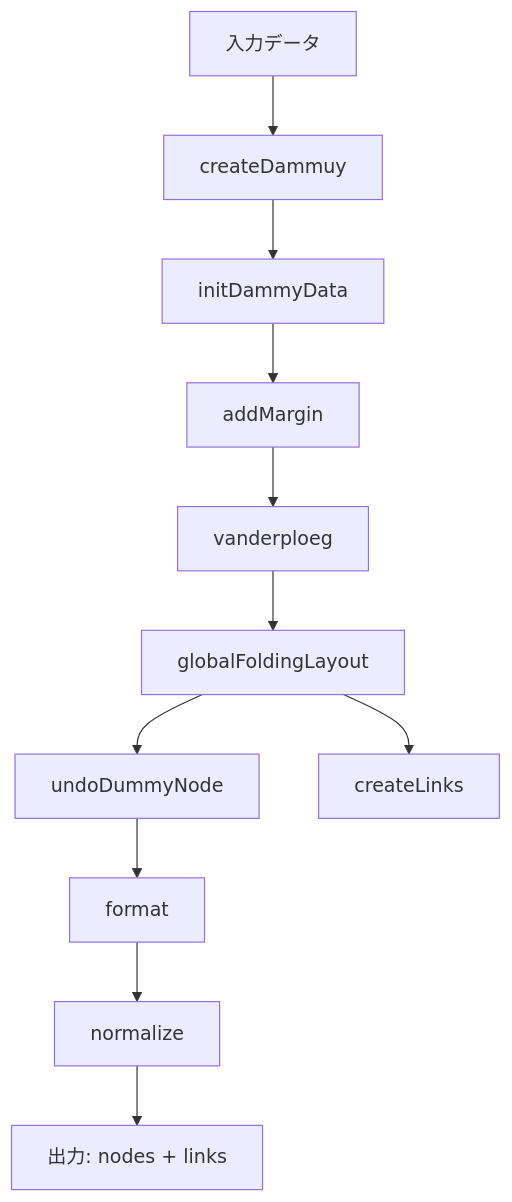
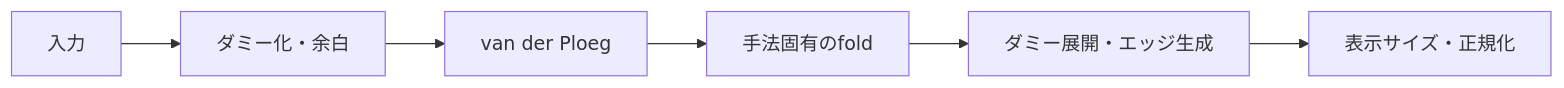
Before and after one commit to vdslab/rooted-tree-drawing: the diagram in docs/implementation.md, drawn with Mermaid. The commit also changed other lines of this file and 59 other files, not shown here.

````diff
--- a/docs/implementation.md
+++ b/docs/implementation.md
@@ -24,13 +8,8 @@
 ```mermaid
-flowchart TD
-    A[入力データ] --> B[createDammuy]
-    B --> C[initDammyData]
-    C --> D[addMargin]
-    D --> E[vanderploeg]
-    E --> F[globalFoldingLayout]
-    F --> G[undoDummyNode]
-    F --> H[createLinks]
-    G --> I[format]
-    I --> J[normalize]
-    J --> K[出力: nodes + links]
+flowchart LR
+  A[入力] --> B[ダミー化・余白]
+  B --> C[van der Ploeg]
+  C --> D[手法固有のfold]
+  D --> E[ダミー展開・エッジ生成]
+  E --> F[表示サイズ・正規化]
 ```
````
